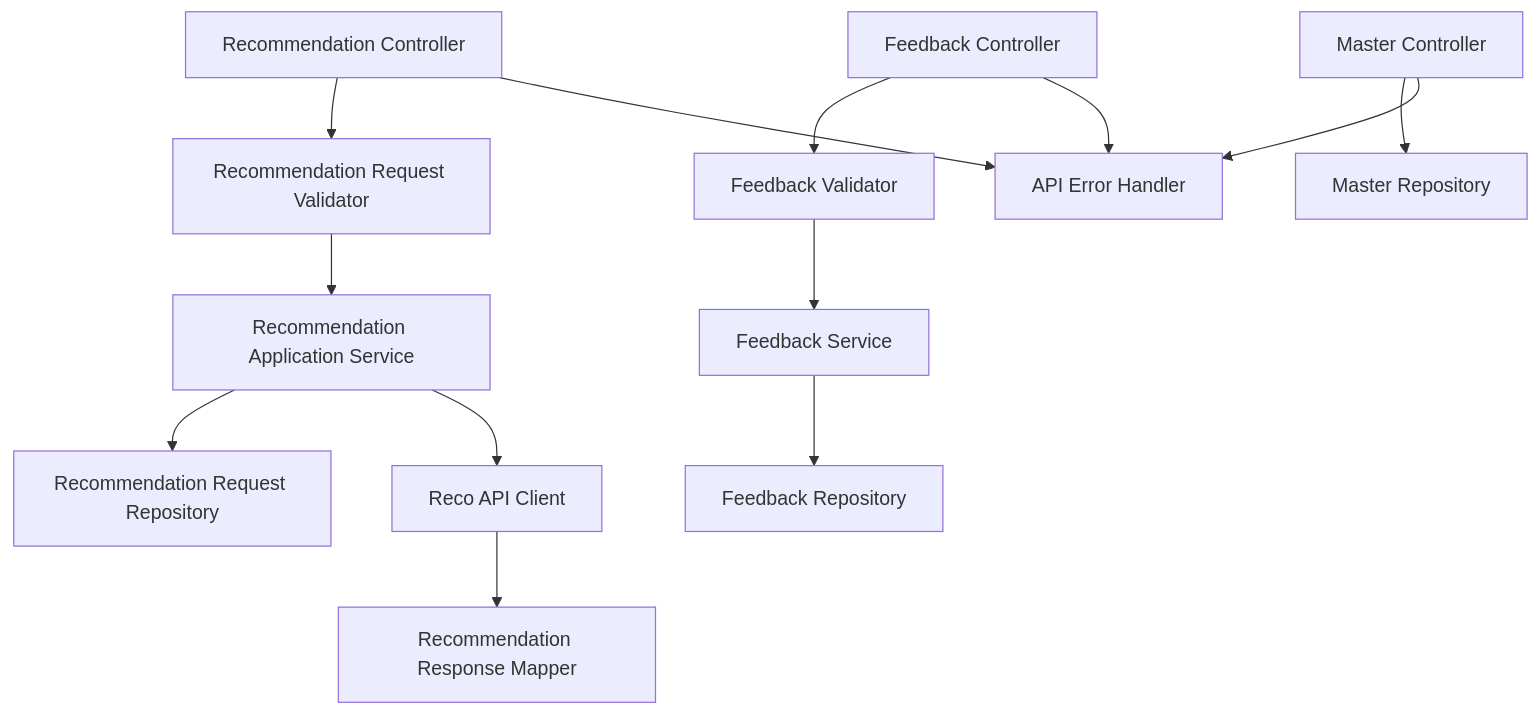
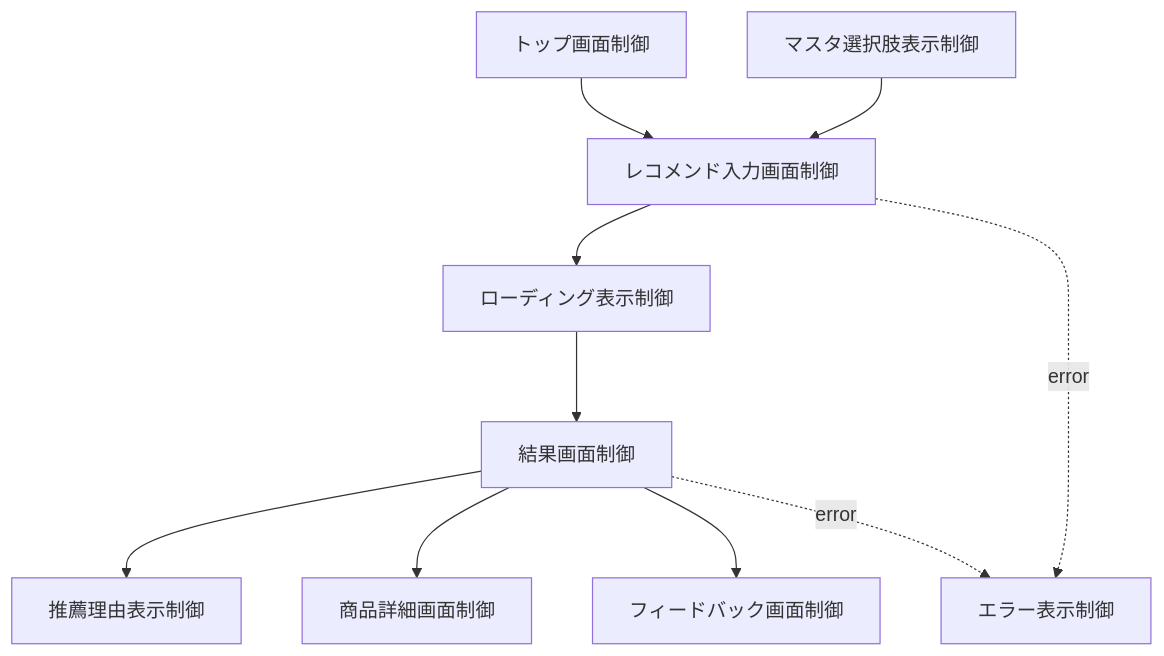
One commit to ryo-chan-k6/GiftRecommendAPP_MVP_CYCLE_3 changed the first of 7 diagrams in docs/05_アプリケーション設計/アプリ/モジュール一覧.md. Above: the diagram before and after it, drawn with Mermaid. The commit also changed other lines of this file, not shown here.

````diff
--- a/docs/05_アプリケーション設計/アプリ/モジュール一覧.md
+++ b/docs/05_アプリケーション設計/アプリ/モジュール一覧.md
@@ -417,18 +205,12 @@
 ```mermaid
 flowchart TD
-    A[Recommendation Controller] --> B[Recommendation Request Validator]
-    B --> C[Recommendation Application Service]
-    C --> D[Recommendation Request Repository]
-    C --> E[Reco API Client]
-    E --> F[Recommendation Response Mapper]
-
-    G[Feedback Controller] --> H[Feedback Validator]
-    H --> I[Feedback Service]
-    I --> J[Feedback Repository]
-
-    K[Master Controller] --> L[Master Repository]
-
-    A --> M[API Error Handler]
-    G --> M
-    K --> M
+    A[トップ画面制御] --> B[レコメンド入力画面制御]
+    C[マスタ選択肢表示制御] --> B
+    B --> D[ローディング表示制御]
+    D --> E[結果画面制御]
+    E --> F[推薦理由表示制御]
+    E --> G[商品詳細画面制御]
+    E --> H[フィードバック画面制御]
+    B -. error .-> I[エラー表示制御]
+    E -. error .-> I
 ```
````
